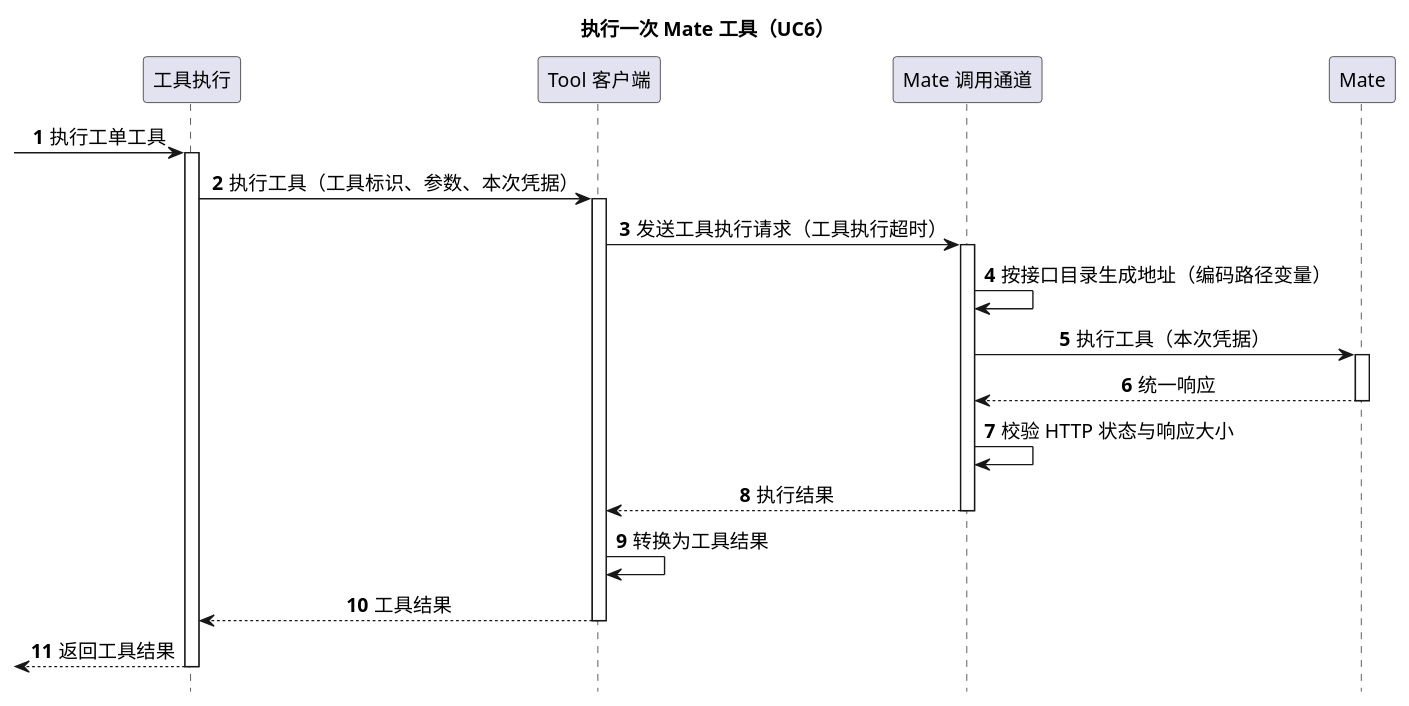
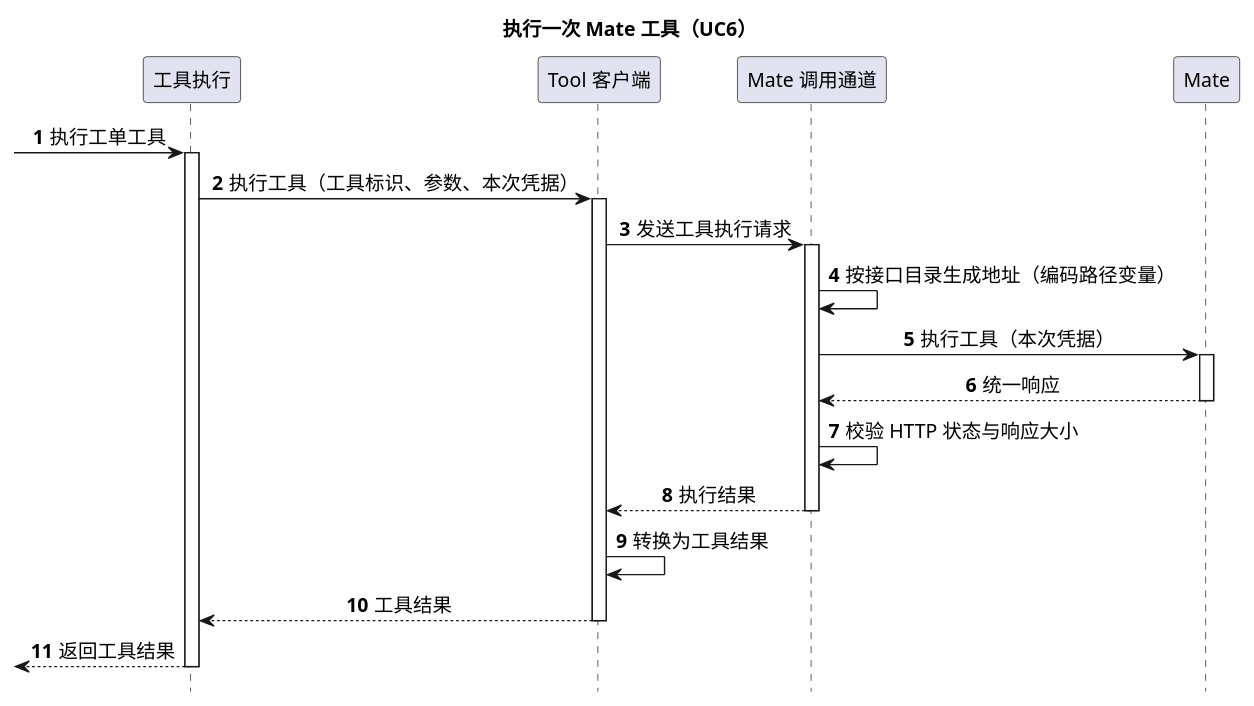
Before and after one commit to ssm0808/pi-mono-java-design: the fourth of 4 diagrams in 02-服务与接口/02-CampusMate共享客户端配置/diagram.puml, drawn with PlantUML. The commit also changed other lines of this file and 4 other files, not shown here.

```diff
--- a/02-服务与接口/02-CampusMate共享客户端配置/diagram.puml
+++ b/02-服务与接口/02-CampusMate共享客户端配置/diagram.puml
@@ -241,29 +235,29 @@
 @startuml campusmate_short_request_sequence
 ' Java 基线：628dca25a694d9d056b15f012e1223d68091ab66；2026-10-21 拉取 main。
 ' 源码：modules/coding-agent-cli/src/main/java/com/campusclaw/codingagent/tool/mate/MateRemoteToolHandler.java callTool。
 ' 源码：modules/coding-agent-cli/src/main/java/com/campusclaw/codingagent/common/client/HttpMateToolClient.java invokeTool、toToolResult。
 ' 目标：待实现；HttpMateToolClient 改用 CampusMateHttpClient 发送，不再经过 MateRestUtil。
 ' 设计原因：超时、响应上限与失败判定只在通道生效，是本设计的独立边界，因此单列为参与者。
 title 执行一次 Mate 工具（UC6）
 hide footbox
 skinparam backgroundColor white
 skinparam defaultFontSize 14
 skinparam sequenceMessageAlign center
 autonumber
 participant "工具执行" as Exec
 participant "Tool 客户端" as ToolClient
 participant "Mate 调用通道" as Channel
 participant "Mate" as Mate
 [-> Exec ++ : 执行工单工具
 Exec -> ToolClient ++ : 执行工具（工具标识、参数、本次凭据）
-ToolClient -> Channel ++ : 发送工具执行请求（工具执行超时）
+ToolClient -> Channel ++ : 发送工具执行请求
 Channel -> Channel : 按接口目录生成地址（编码路径变量）
 Channel -> Mate ++ : 执行工具（本次凭据）
 return 统一响应
 Channel -> Channel : 校验 HTTP 状态与响应大小
 return 执行结果
 ToolClient -> ToolClient : 转换为工具结果
 return 工具结果
 [<-- Exec : 返回工具结果
 deactivate Exec
 @enduml
```
